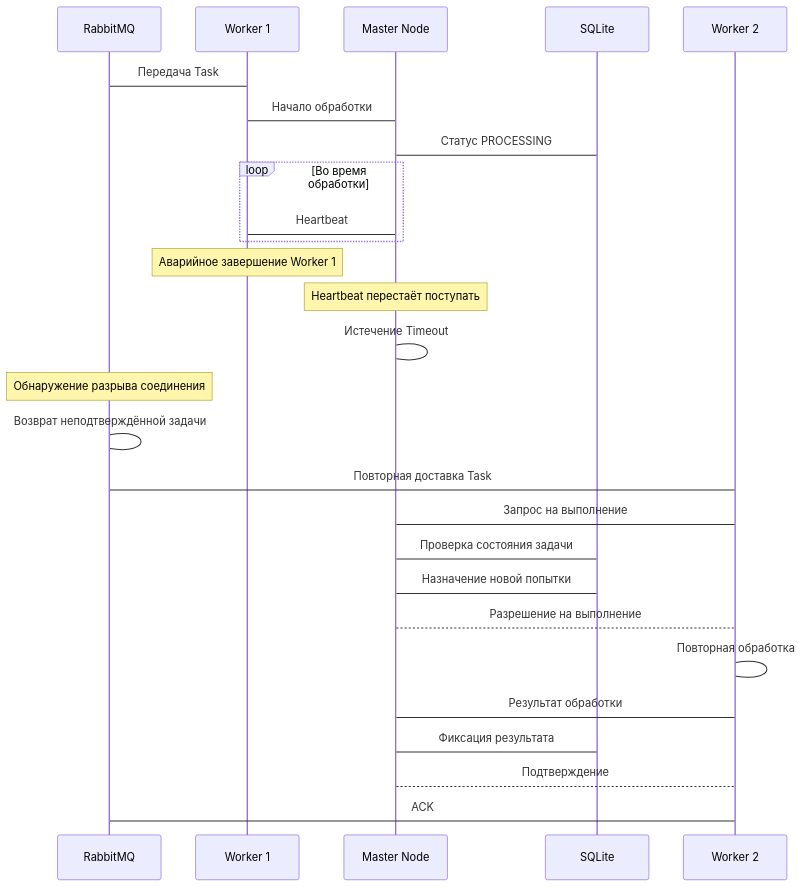
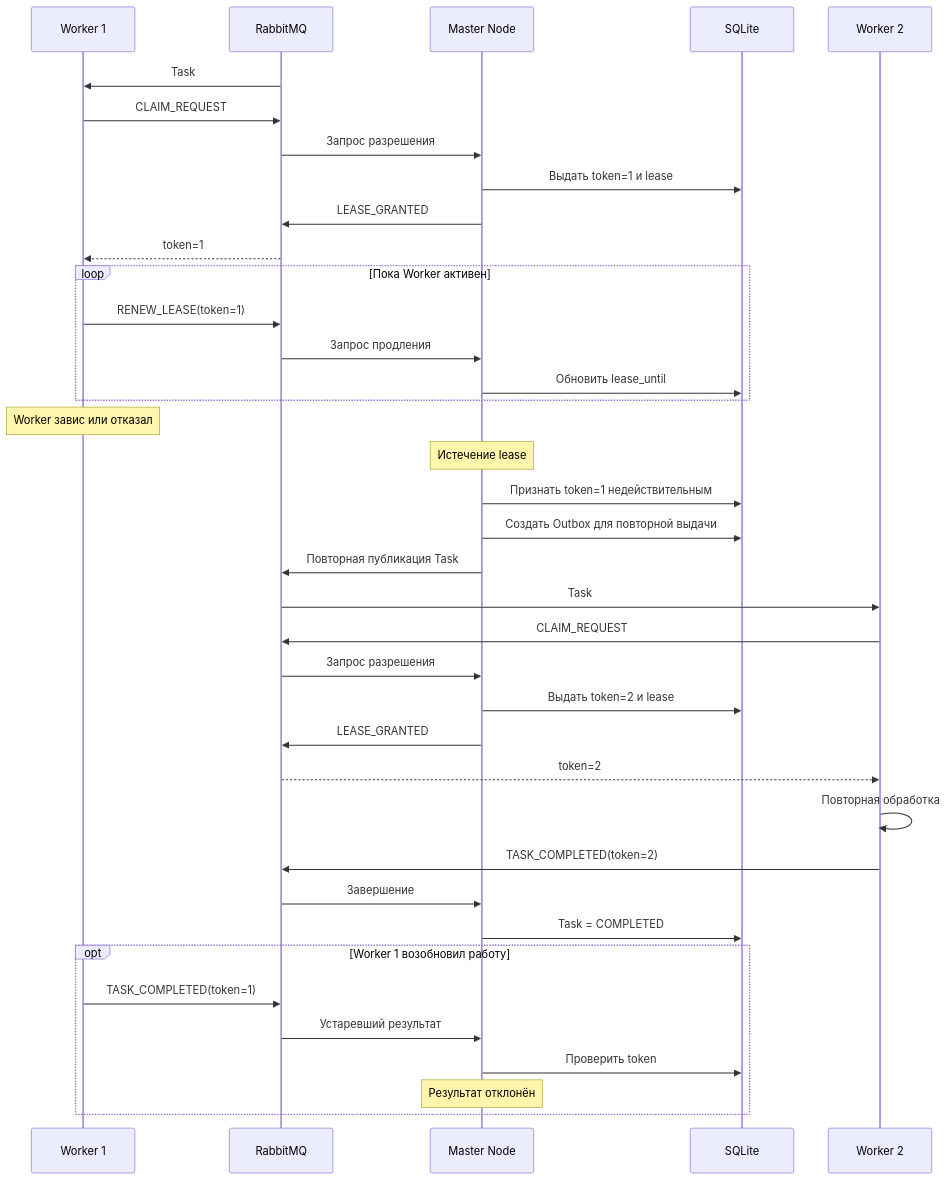
One commit to spbu-ds-practicum-2026/vibeflow changed the tenth of 12 diagrams in docs/tr.md. Above: the diagram before and after it, drawn with Mermaid. The commit also changed other lines of this file, not shown here.

````diff
--- a/docs/tr.md
+++ b/docs/tr.md
@@ -464,34 +654,47 @@
 ```mermaid
 sequenceDiagram
+    participant W1 as Worker 1
     participant Q as RabbitMQ
-    participant W1 as Worker 1
     participant M as Master Node
     participant DB as SQLite
     participant W2 as Worker 2
 
-    Q->W1: Передача Task
-    W1->M: Начало обработки
-    M->DB: Статус PROCESSING
+    Q->>W1: Task
+    W1->>Q: CLAIM_REQUEST
+    Q->>M: Запрос разрешения
+    M->>DB: Выдать token=1 и lease
+    M->>Q: LEASE_GRANTED
+    Q-->>W1: token=1
 
-    loop Во время обработки
-        W1->M: Heartbeat
+    loop Пока Worker активен
+        W1->>Q: RENEW_LEASE(token=1)
+        Q->>M: Запрос продления
+        M->>DB: Обновить lease_until
     end
 
-    Note over W1: Аварийное завершение Worker 1
+    Note over W1: Worker завис или отказал
+    Note over M: Истечение lease
 
-    Note over M: Heartbeat перестаёт поступать
-    M->M: Истечение Timeout
-    Note over Q: Обнаружение разрыва соединения
-    Q->Q: Возврат неподтверждённой задачи
-    Q->W2: Повторная доставка Task
+    M->>DB: Признать token=1 недействительным
+    M->>DB: Создать Outbox для повторной выдачи
+    M->>Q: Повторная публикация Task
+    Q->>W2: Task
 
-    W2->M: Запрос на выполнение
-    M->DB: Проверка состояния задачи
-    M->DB: Назначение новой попытки
-    M-->W2: Разрешение на выполнение
-    W2->W2: Повторная обработка
-    W2->M: Результат обработки
-    M->DB: Фиксация результата
-    M-->W2: Подтверждение
-    W2->Q: ACK
+    W2->>Q: CLAIM_REQUEST
+    Q->>M: Запрос разрешения
+    M->>DB: Выдать token=2 и lease
+    M->>Q: LEASE_GRANTED
+    Q-->>W2: token=2
+
+    W2->>W2: Повторная обработка
+    W2->>Q: TASK_COMPLETED(token=2)
+    Q->>M: Завершение
+    M->>DB: Task = COMPLETED
+
+    opt Worker 1 возобновил работу
+        W1->>Q: TASK_COMPLETED(token=1)
+        Q->>M: Устаревший результат
+        M->>DB: Проверить token
+        Note over M: Результат отклонён
+    end
 ```
````
